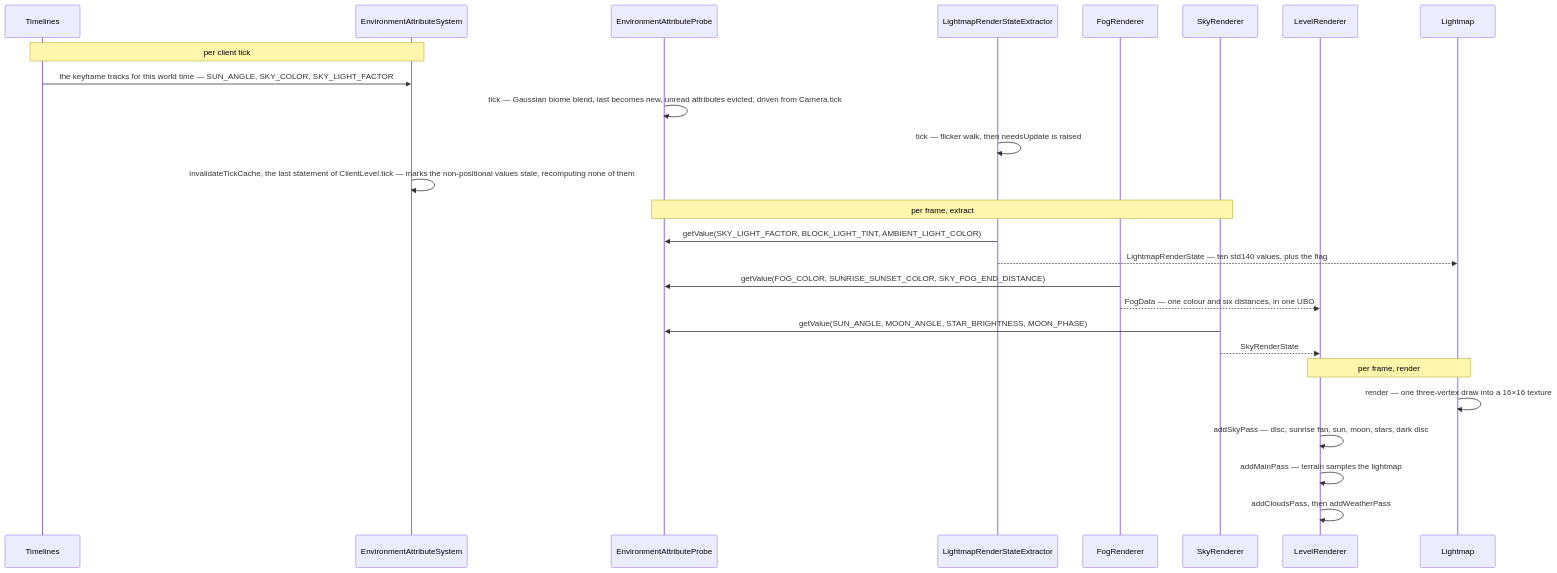
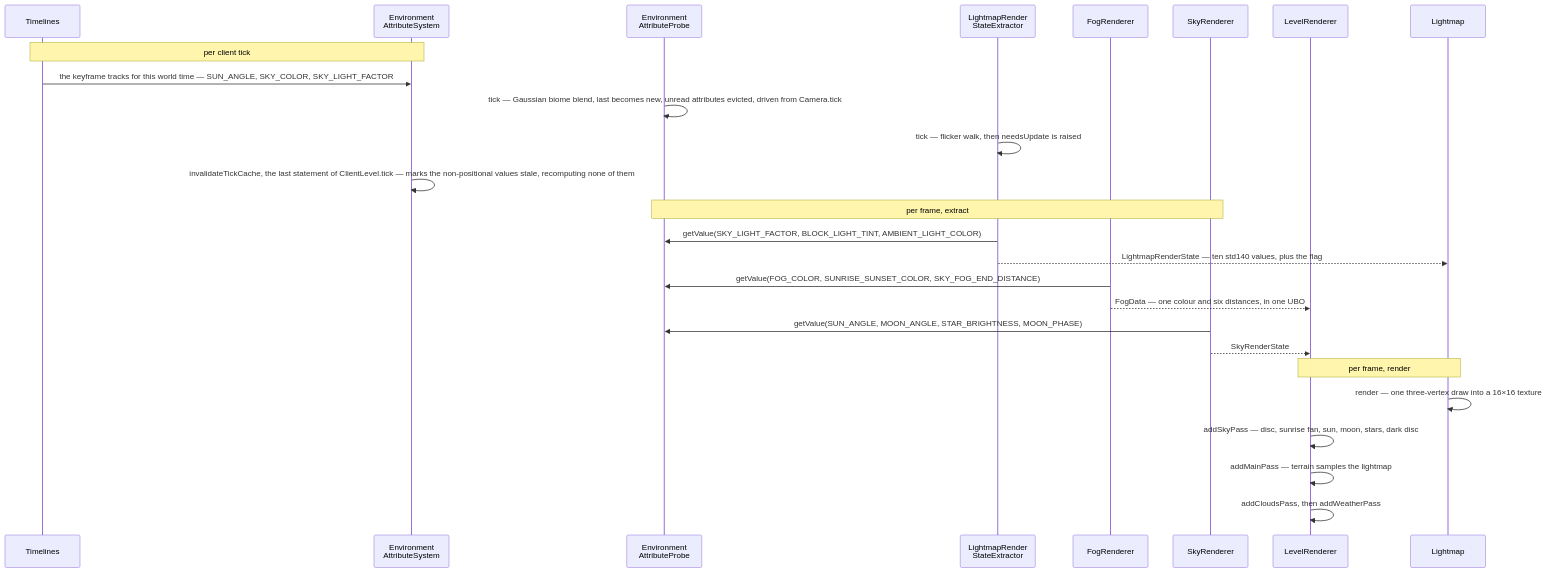
The diagram in src/systems/rendering/lightmap-fog-and-sky.md (AlexanderjFraser/MinecraftDocs), drawn with Mermaid before and after one commit. The commit also changed 68 other files, not shown here.

````diff
--- a/src/systems/rendering/lightmap-fog-and-sky.md
+++ b/src/systems/rendering/lightmap-fog-and-sky.md
@@ -93,31 +93,31 @@
 ```mermaid
 sequenceDiagram
     participant Time as Timelines
-    participant EAS as EnvironmentAttributeSystem
-    participant EAP as EnvironmentAttributeProbe
-    participant LRSE as LightmapRenderStateExtractor
+    participant EAS as Environment<br/>AttributeSystem
+    participant EAP as Environment<br/>AttributeProbe
+    participant LRSE as LightmapRender<br/>StateExtractor
     participant FR as FogRenderer
     participant SR as SkyRenderer
     participant LR as LevelRenderer
     participant LM as Lightmap
 
     Note over Time,EAS: per client tick
     Time->>EAS: the keyframe tracks for this world time — SUN_ANGLE, SKY_COLOR, SKY_LIGHT_FACTOR
     EAP->>EAP: tick — Gaussian biome blend, last becomes new, unread attributes evicted, driven from Camera.tick
     LRSE->>LRSE: tick — flicker walk, then needsUpdate is raised
     EAS->>EAS: invalidateTickCache, the last statement of ClientLevel.tick — marks the non-positional values stale, recomputing none of them
 
     Note over EAP,SR: per frame, extract
     LRSE->>EAP: getValue(SKY_LIGHT_FACTOR, BLOCK_LIGHT_TINT, AMBIENT_LIGHT_COLOR)
     LRSE-->>LM: LightmapRenderState — ten std140 values, plus the flag
     FR->>EAP: getValue(FOG_COLOR, SUNRISE_SUNSET_COLOR, SKY_FOG_END_DISTANCE)
     FR-->>LR: FogData — one colour and six distances, in one UBO
     SR->>EAP: getValue(SUN_ANGLE, MOON_ANGLE, STAR_BRIGHTNESS, MOON_PHASE)
     SR-->>LR: SkyRenderState
 
     Note over LM,LR: per frame, render
     LM->>LM: render — one three-vertex draw into a 16×16 texture
     LR->>LR: addSkyPass — disc, sunrise fan, sun, moon, stars, dark disc
     LR->>LR: addMainPass — terrain samples the lightmap
     LR->>LR: addCloudsPass, then addWeatherPass
 ```
````
